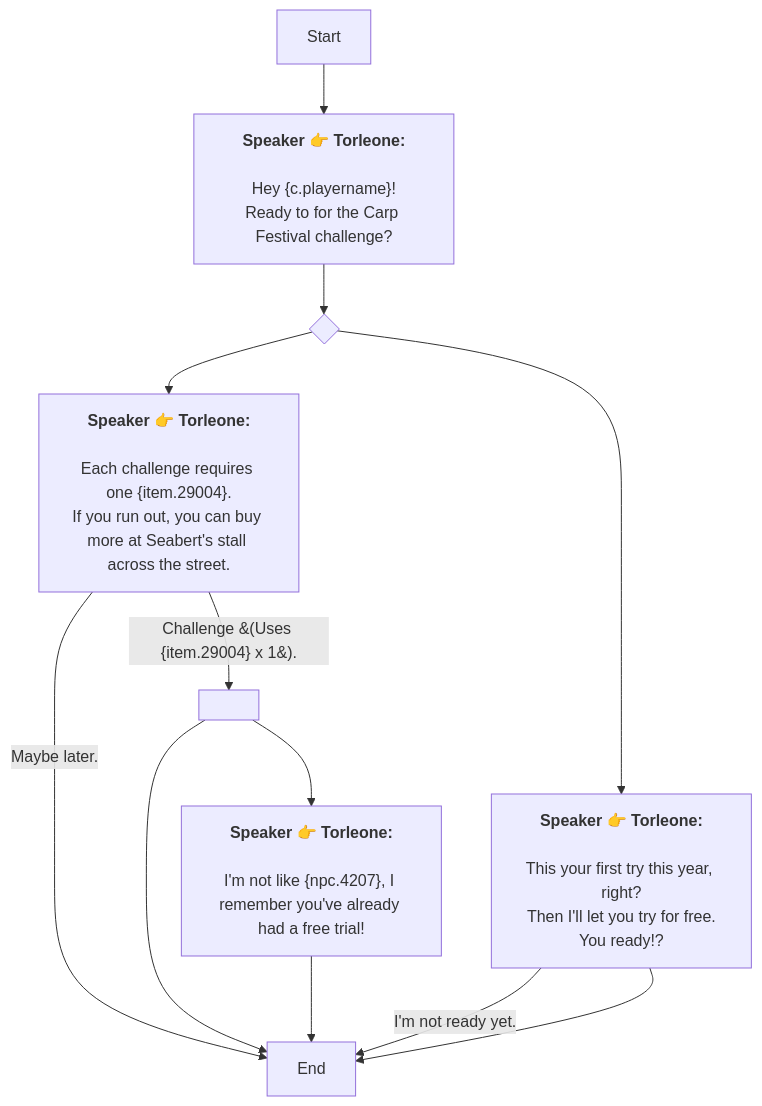
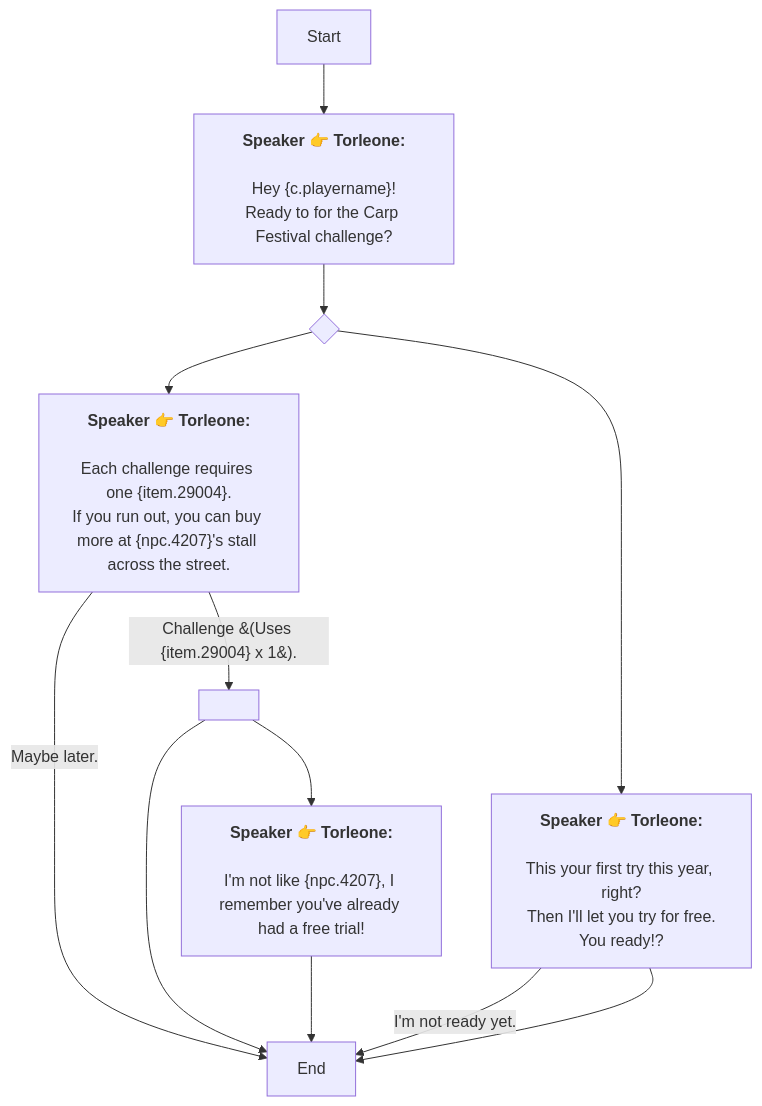
One commit to SoftHu/tos_avg changed the diagram in En/AddDialogNode_1747827838779673.md. Above: the diagram before and after it, drawn with Mermaid. The commit also changed 730 other files, not shown here.

````diff
--- a/En/AddDialogNode_1747827838779673.md
+++ b/En/AddDialogNode_1747827838779673.md
@@ -1,23 +1,23 @@
 ```mermaid
 graph
 Start -->1747827907015965[<b>Speaker 👉 Torleone:</b>
 \nHey &lbrace;c.playername&rbrace;!
 Ready to for the Carp Festival challenge?]
 1747827907015965 -->1752005422132562{ }
 1752005422132562 -->1752005877835099[<b>Speaker 👉 Torleone:</b>
 \nThis your first try this year, right?
 Then I'll let you try for free.
 You ready!?]
 1752005422132562 -->1752005655631188[<b>Speaker 👉 Torleone:</b>
 \nEach challenge requires one &lbrace;item.29004&rbrace;.
-If you run out, you can buy more at Seabert's stall across the street.]
+If you run out, you can buy more at &lbrace;npc.4207&rbrace;'s stall across the street.]
 1752005655631188 -->|Challenge &#40;Uses &lbrace;item.29004&rbrace; x 1&#41;.|1752005867783514[ ]
 1752005655631188 -->|Maybe later.|1747827980024094[End]
 1752005867783514 -->1752006146056546[<b>Speaker 👉 Torleone:</b>
 \nI'm not like &lbrace;npc.4207&rbrace;, I remember you've already had a free trial!]
 1752005867783514 -->1747827980024094[End]
 1752006146056546 -->1747827980024094[End]
 1752005877835099 -->|I'm not ready yet.|1747827980024094[End]
 1752005877835099 -->1747827980024094[End]
 
 ```
````
